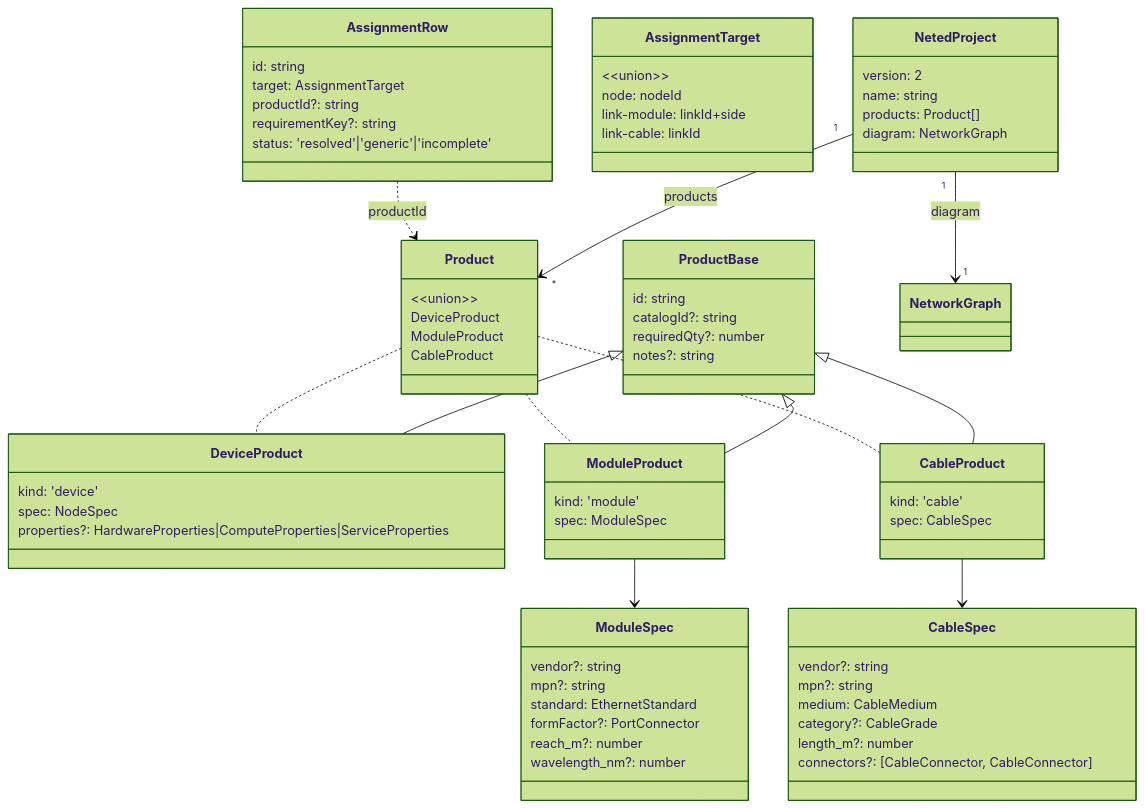
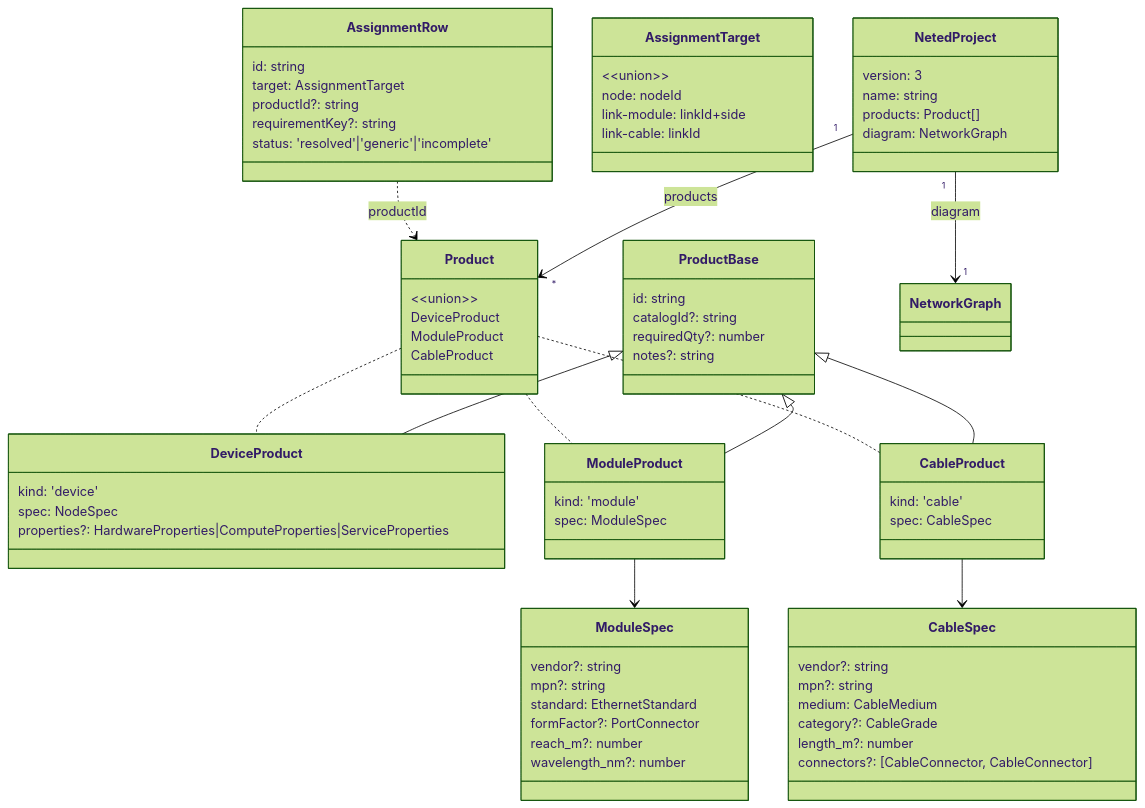
Before and after one commit to konoe-akitoshi/shumoku: the third of 4 diagrams in apps/editor/docs/design/data-model.md, drawn with Mermaid (forest theme). The commit also changed 22 other files, not shown here.

```diff
--- a/apps/editor/docs/design/data-model.md
+++ b/apps/editor/docs/design/data-model.md
@@ -208,7 +208,7 @@
   }
 
   class NetedProject {
-    version: 2
+    version: 3
     name: string
     products: Product[]
     diagram: NetworkGraph
```
